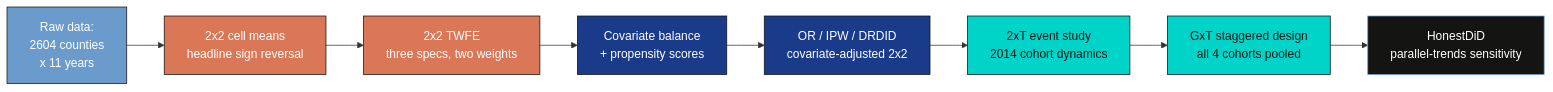
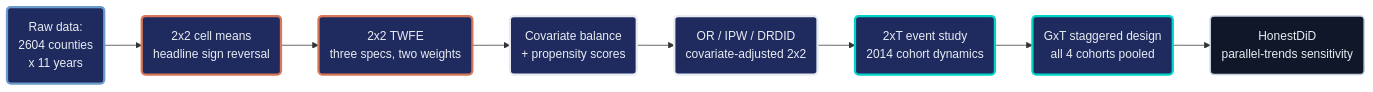
One commit to cmg777/starter-academic-v501 changed the diagram in content/post/r_did2/tutorial.qmd. Above: the diagram before and after it, drawn with Mermaid. The commit also changed other lines of this file and 42 other files, not shown here.

First line of the commit message:
content(mermaid): restyle Mermaid copies in tutorial sources and the LaLonde slide deck

````diff
--- a/content/post/r_did2/tutorial.qmd
+++ b/content/post/r_did2/tutorial.qmd
@@ -82,18 +82,20 @@
 ```{mermaid}
 graph LR
-  A[Raw data:<br/>2604 counties<br/>x 11 years] --> B[2x2 cell means<br/>headline sign reversal]
-  B --> C[2x2 TWFE<br/>three specs, two weights]
-  C --> D[Covariate balance<br/>+ propensity scores]
-  D --> E[OR / IPW / DRDID<br/>covariate-adjusted 2x2]
-  E --> F[2xT event study<br/>2014 cohort dynamics]
-  F --> G[GxT staggered design<br/>all 4 cohorts pooled]
-  G --> H[HonestDiD<br/>parallel-trends sensitivity]
-  style A fill:#6a9bcc,stroke:#141413,color:#fff
-  style B fill:#d97757,stroke:#141413,color:#fff
-  style C fill:#d97757,stroke:#141413,color:#fff
-  style D fill:#1a3a8a,stroke:#141413,color:#fff
-  style E fill:#1a3a8a,stroke:#141413,color:#fff
-  style F fill:#00d4c8,stroke:#141413,color:#141413
-  style G fill:#00d4c8,stroke:#141413,color:#141413
-  style H fill:#141413,stroke:#6a9bcc,color:#fff
+  A("Raw data:<br/>2604 counties<br/>x 11 years") --> B("2x2 cell means<br/>headline sign reversal")
+  B --> C("2x2 TWFE<br/>three specs, two weights")
+  C --> D("Covariate balance<br/>+ propensity scores")
+  D --> E("OR / IPW / DRDID<br/>covariate-adjusted 2x2")
+  E --> F("2xT event study<br/>2014 cohort dynamics")
+  F --> G("GxT staggered design<br/>all 4 cohorts pooled")
+  G --> H("HonestDiD<br/>parallel-trends sensitivity")
+    classDef blue fill:#1f2b5e,stroke:#6a9bcc,stroke-width:3px,color:#e8ecf2
+    classDef orange fill:#1f2b5e,stroke:#d97757,stroke-width:3px,color:#e8ecf2
+    classDef key fill:#1f2b5e,stroke:#e8ecf2,stroke-width:3px,color:#e8ecf2
+    classDef teal fill:#1f2b5e,stroke:#00d4c8,stroke-width:3px,color:#e8ecf2
+    classDef anchor fill:#0f1729,stroke:#c8d0e0,stroke-width:2px,color:#e8ecf2
+    class A blue
+    class B,C orange
+    class D,E key
+    class F,G teal
+    class H anchor
 ```
````
